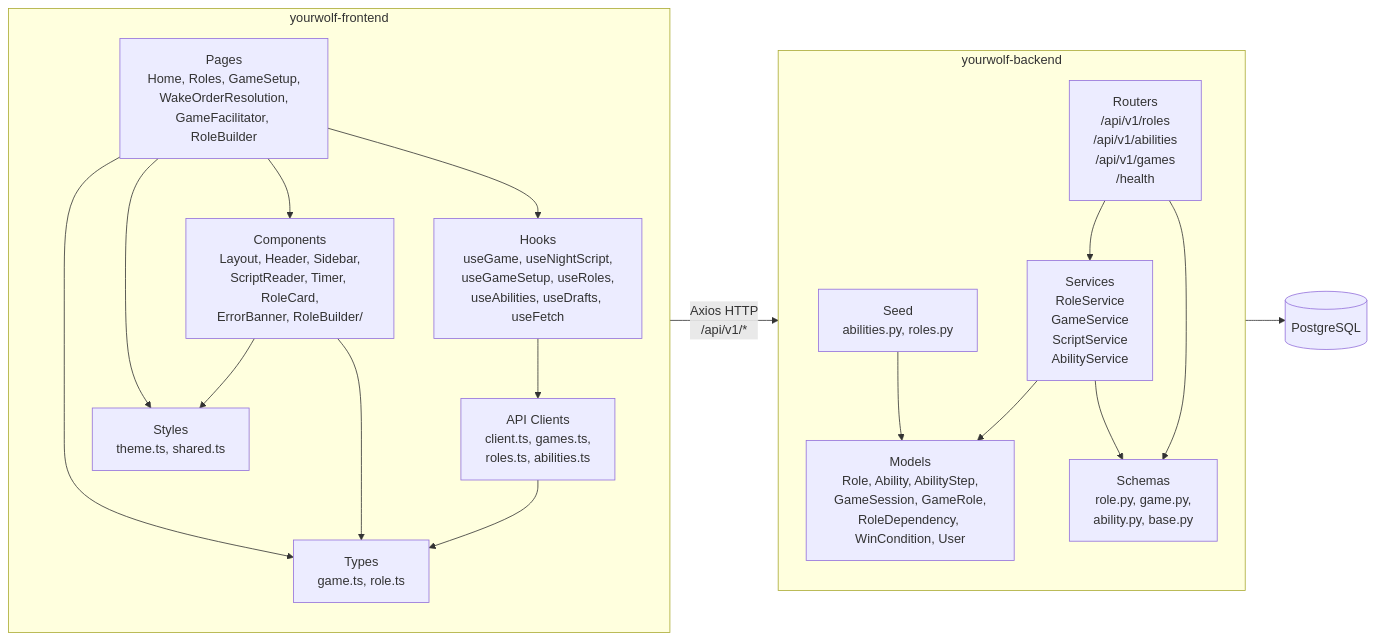
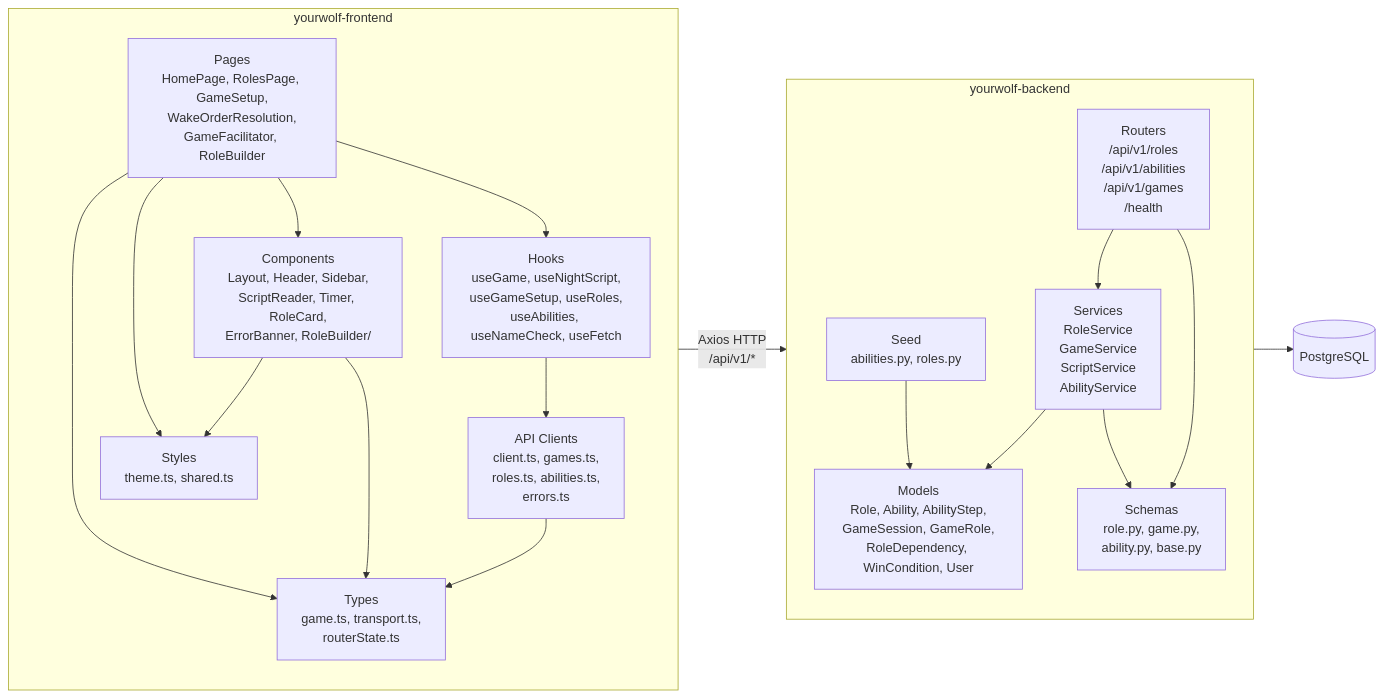
The second of 3 diagrams in docs/ARCHITECTURE.md (threnjen/yourwolf-monorepo), drawn with Mermaid before and after one commit. The commit also changed 99 other files, not shown here.

````diff
--- a/docs/ARCHITECTURE.md
+++ b/docs/ARCHITECTURE.md
@@ -30,39 +30,39 @@
 ```mermaid
 flowchart LR
     subgraph Frontend["yourwolf-frontend"]
         direction TB
-        Pages["Pages<br>Home, Roles, GameSetup,<br>WakeOrderResolution,<br>GameFacilitator, RoleBuilder"]
+        Pages["Pages<br>HomePage, RolesPage, GameSetup,<br>WakeOrderResolution,<br>GameFacilitator, RoleBuilder"]
         Components["Components<br>Layout, Header, Sidebar,<br>ScriptReader, Timer, RoleCard,<br>ErrorBanner, RoleBuilder/"]
-        Hooks["Hooks<br>useGame, useNightScript,<br>useGameSetup, useRoles,<br>useAbilities, useDrafts, useFetch"]
-        API["API Clients<br>client.ts, games.ts,<br>roles.ts, abilities.ts"]
-        Types["Types<br>game.ts, role.ts"]
+        Hooks["Hooks<br>useGame, useNightScript,<br>useGameSetup, useRoles,<br>useAbilities, useNameCheck, useFetch"]
+        API["API Clients<br>client.ts, games.ts,<br>roles.ts, abilities.ts,<br>errors.ts"]
+        Types["Types<br>game.ts, transport.ts,<br>routerState.ts"]
         Styles["Styles<br>theme.ts, shared.ts"]
 
         Pages --> Components
         Pages --> Hooks
         Hooks --> API
         Pages --> Types
         Components --> Types
         API --> Types
         Pages --> Styles
         Components --> Styles
     end
 
     subgraph Backend["yourwolf-backend"]
         direction TB
         Routers["Routers<br>/api/v1/roles<br>/api/v1/abilities<br>/api/v1/games<br>/health"]
         Services["Services<br>RoleService<br>GameService<br>ScriptService<br>AbilityService"]
         Models["Models<br>Role, Ability, AbilityStep,<br>GameSession, GameRole,<br>RoleDependency, WinCondition, User"]
         Schemas["Schemas<br>role.py, game.py,<br>ability.py, base.py"]
         Seed["Seed<br>abilities.py, roles.py"]
 
         Routers --> Services
         Services --> Models
         Routers --> Schemas
         Services --> Schemas
         Seed --> Models
     end
 
     API -->|"Axios HTTP<br>/api/v1/*"| Routers
     Models --> DB[(PostgreSQL)]
 ```
````
